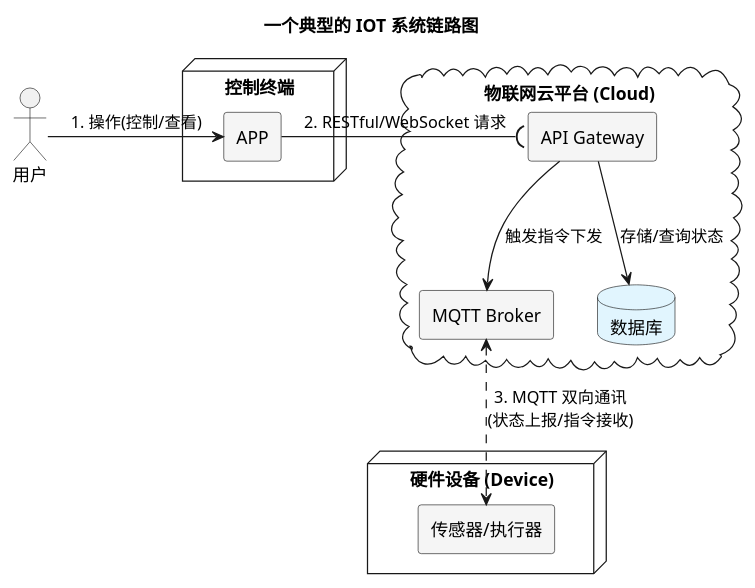
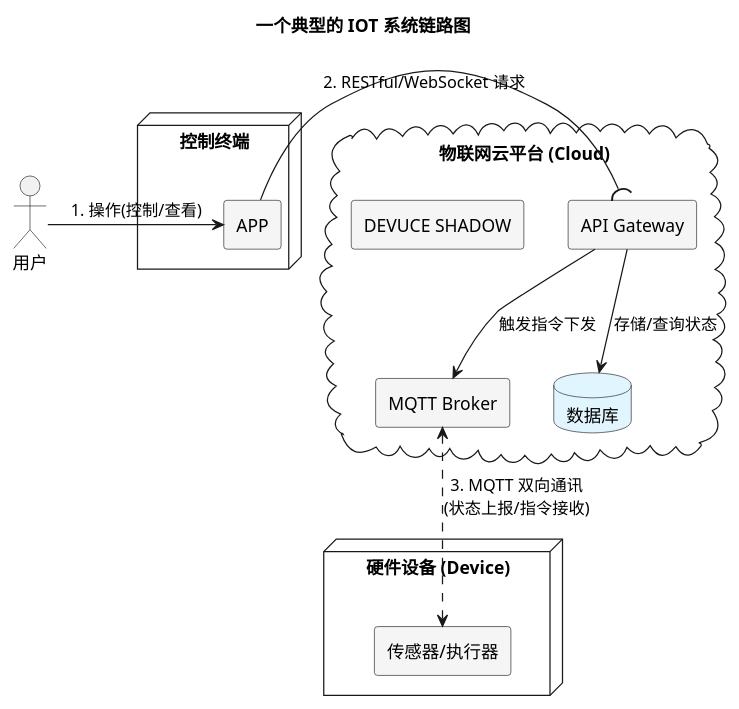
Before and after one commit to doraemon-hub-art/DOCSIFY_DOC: the first of 3 diagrams in docs/ExpSummary/iot_world_data.md, drawn with PlantUML. The commit also changed other lines of this file and 1 other file, not shown here.

````diff
--- a/docs/ExpSummary/iot_world_data.md
+++ b/docs/ExpSummary/iot_world_data.md
@@ -21,38 +21,39 @@
 ```plantuml
 @startuml
 skinparam componentStyle rectangle
 skinparam shadowing false
 skinparam packageStyle frame
 skinparam DatabaseBackgroundColor #E1F5FE
 skinparam ComponentBackgroundColor #F5F5F5
 
 title "一个典型的 IOT 系统链路图"
 
 ' 为了让布局更美观，建议从左往右
 actor "用户" as user
 
 node "控制终端" {
     [APP] as app
 }
 
 cloud "物联网云平台 (Cloud)" as cloud {
     [MQTT Broker] as mqtt
     [API Gateway] as api
     database "数据库" as db
+    [DEVUCE SHADOW] as device_shadow
 }
 
 node "硬件设备 (Device)" {
     [传感器/执行器] as device
 }
 
 
 user -right-> app : 1. 操作(控制/查看)
 
 app -right-( api : 2. RESTful/WebSocket 请求
 api --> db : 存储/查询状态
 api --> mqtt : 触发指令下发
 
 mqtt <..> device : 3. MQTT 双向通讯\n(状态上报/指令接收)
 
 @enduml
 ```
````
